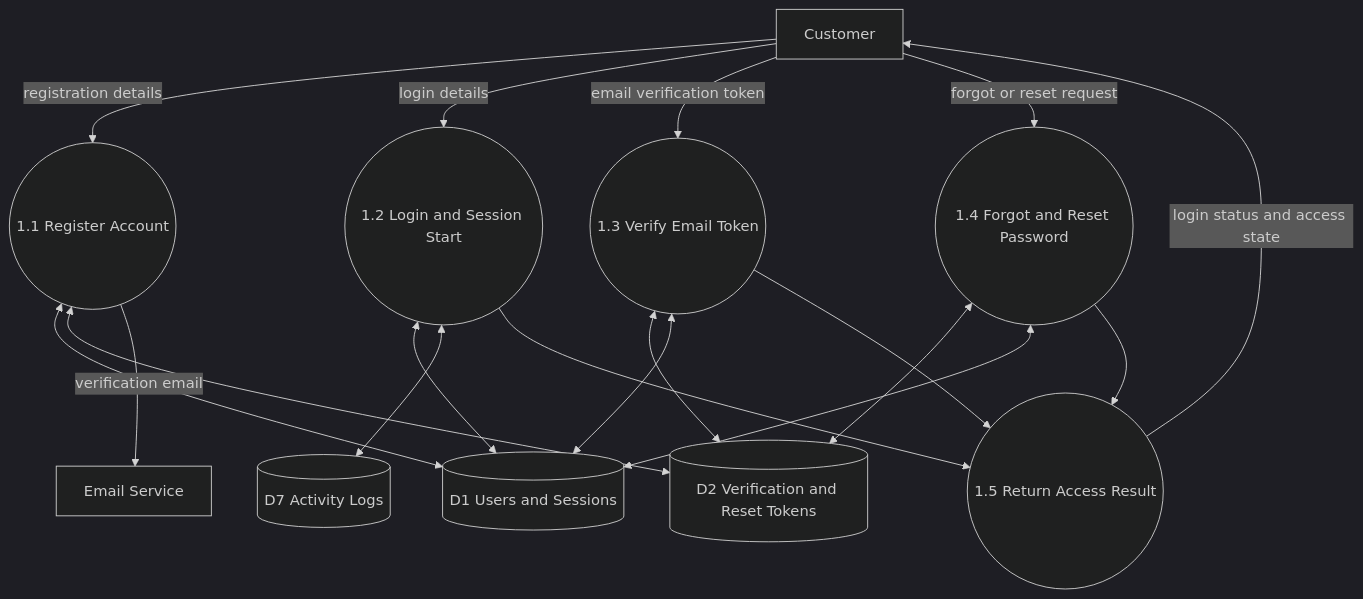
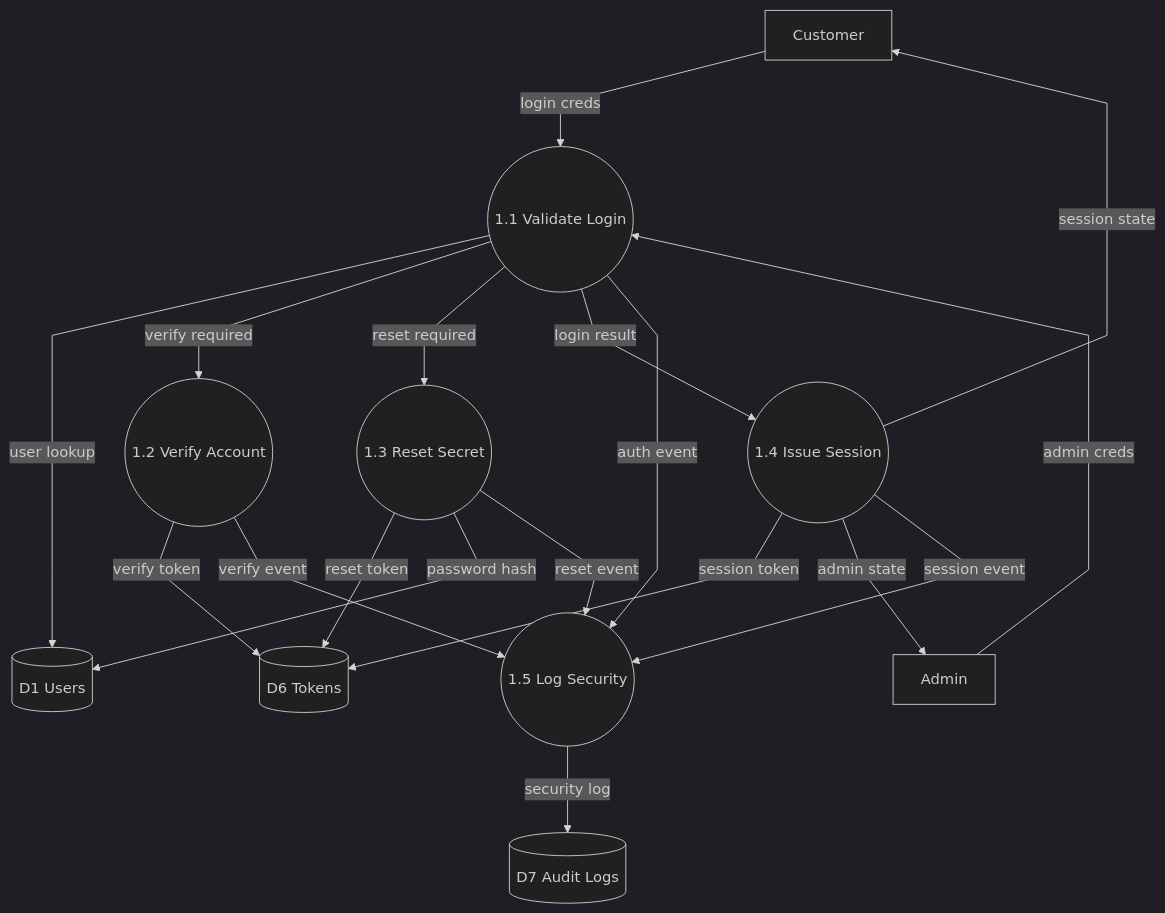
Before and after one commit to theilei/ermel: the third of 11 diagrams in DFD-Ermel-System.md, drawn with Mermaid (dark theme). The commit also changed other lines of this file, not shown here.

````diff
--- a/DFD-Ermel-System.md
+++ b/DFD-Ermel-System.md
@@ -93,37 +126,38 @@
 ```mermaid
+%%{init: {"flowchart":{"curve":"linear","nodeSpacing":45,"rankSpacing":70}}}%%
 flowchart TB
-    C[Customer]
-    E[Email Service]
+  CUST[Customer]
+  ADMIN[Admin]
 
-    P11((1.1 Register Account))
-    P12((1.2 Login and Session Start))
-    P13((1.3 Verify Email Token))
-    P14((1.4 Forgot and Reset Password))
-    P15((1.5 Return Access Result))
+  P11((1.1 Validate Login))
+  P12((1.2 Verify Account))
+  P13((1.3 Reset Secret))
+  P14((1.4 Issue Session))
+  P15((1.5 Log Security))
 
-    D1[(D1 Users and Sessions)]
-    D2[(D2 Verification and Reset Tokens)]
-    D7[(D7 Activity Logs)]
+  D1[(D1 Users)]
+  D6[(D6 Tokens)]
+  D7[(D7 Audit Logs)]
 
-    C -->|registration details| P11
-    P11 <--> D1
-    P11 <--> D2
-    P11 -->|verification email| E
+  CUST -->|login creds| P11
+  ADMIN -->|admin creds| P11
 
-    C -->|login details| P12
-    P12 <--> D1
-    P12 <--> D7
-    P12 --> P15
+  P11 -->|user lookup| D1
+  P11 -->|verify required| P12
+  P11 -->|reset required| P13
+  P11 -->|login result| P14
 
-    C -->|email verification token| P13
-    P13 <--> D2
-    P13 <--> D1
-    P13 --> P15
+  P12 -->|verify token| D6
+  P13 -->|reset token| D6
+  P13 -->|password hash| D1
 
-    C -->|forgot or reset request| P14
-    P14 <--> D2
-    P14 <--> D1
-    P14 --> P15
+  P14 -->|session token| D6
+  P14 -->|session state| CUST
+  P14 -->|admin state| ADMIN
 
-    P15 -->|login status and access state| C
+  P11 -->|auth event| P15
+  P12 -->|verify event| P15
+  P13 -->|reset event| P15
+  P14 -->|session event| P15
+  P15 -->|security log| D7
 ```
````
